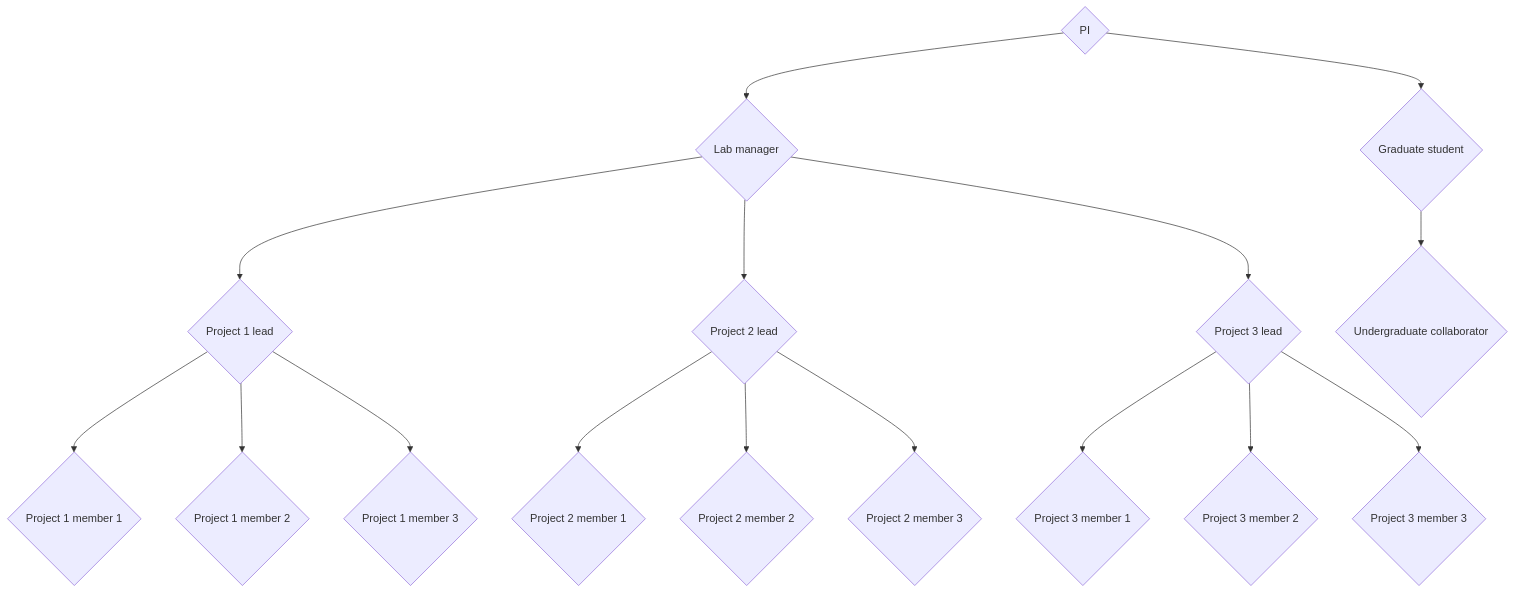
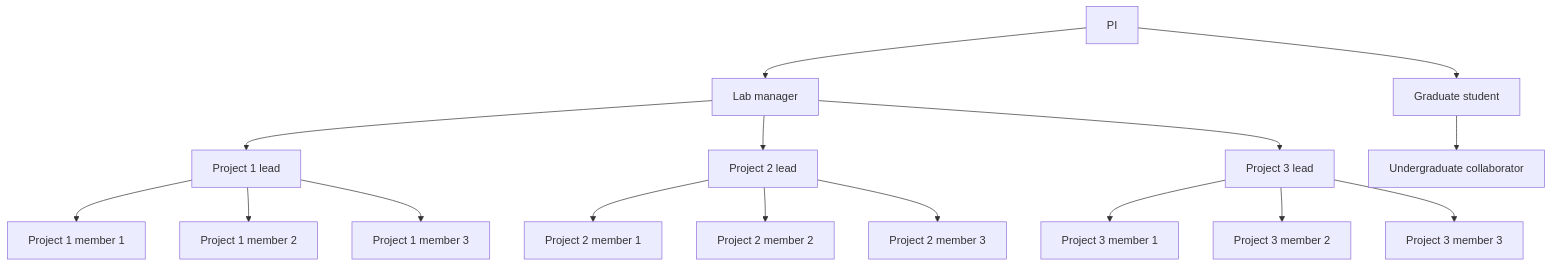
One commit to obrienudrylab/archivingaid changed the diagram in README.md. Above: the diagram before and after it, drawn with Mermaid.

````diff
--- a/README.md
+++ b/README.md
@@ -12,19 +12,19 @@
 ```mermaid
 graph TD;
-    A{PI}-->B{Lab manager};
-A{PI}-->C{Graduate student};
-    B{Lab manager}-->D{Project 1 lead};
-    B{Lab manager}-->E{Project 2 lead};
-    B{Lab manager}-->F{Project 3 lead};
-D{Project 1 lead}-->G{Project 1 member 1};
-E{Project 2 lead}-->H{Project 2 member 1};
-F{Project 3 lead}-->I{Project 3 member 1};
-D{Project 1 lead}-->J{Project 1 member 2};
-E{Project 2 lead}-->K{Project 2 member 2};
-F{Project 3 lead}-->L{Project 3 member 2};
-D{Project 1 lead}-->M{Project 1 member 3};
-E{Project 2 lead}-->N{Project 2 member 3};
-F{Project 3 lead}-->O{Project 3 member 3};
-C{Graduate student}-->P{Undergraduate collaborator};
+    A[PI]-->B{Lab manager};
+A[PI]-->C{Graduate student};
+    B[Lab manager]-->D[Project 1 lead];
+    B[Lab manager]-->E[Project 2 lead];
+    B[Lab manager]-->F[Project 3 lead];
+D[Project 1 lead]-->G[Project 1 member 1];
+E[Project 2 lead]-->H[Project 2 member 1];
+F[Project 3 lead]-->I[Project 3 member 1];
+D[Project 1 lead]-->J[Project 1 member 2];
+E[Project 2 lead]-->K[Project 2 member 2];
+F[Project 3 lead]-->L[Project 3 member 2];
+D[Project 1 lead]-->M[Project 1 member 3];
+E[Project 2 lead]-->N[Project 2 member 3];
+F[Project 3 lead]-->O[Project 3 member 3];
+C[Graduate student]-->P[Undergraduate collaborator];
 
 ```
````
